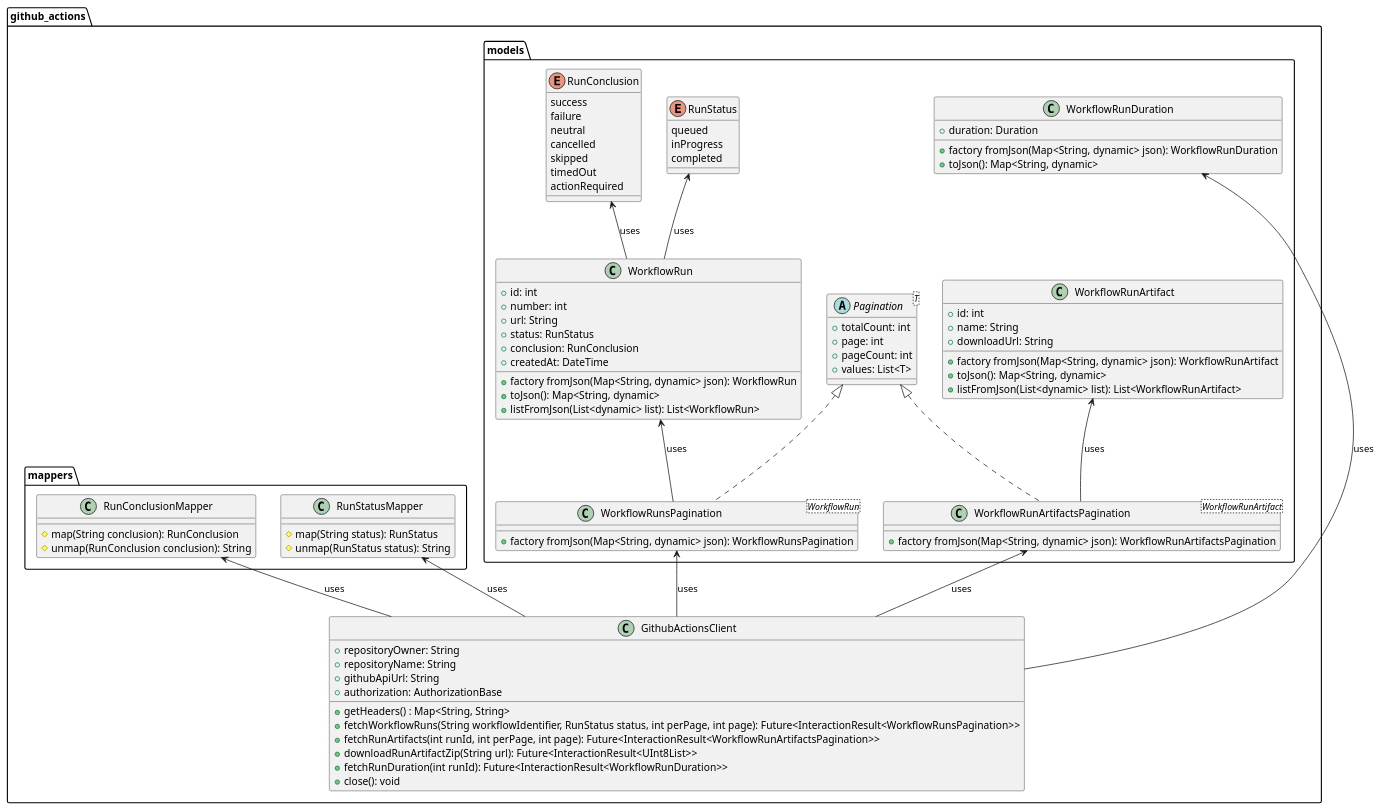
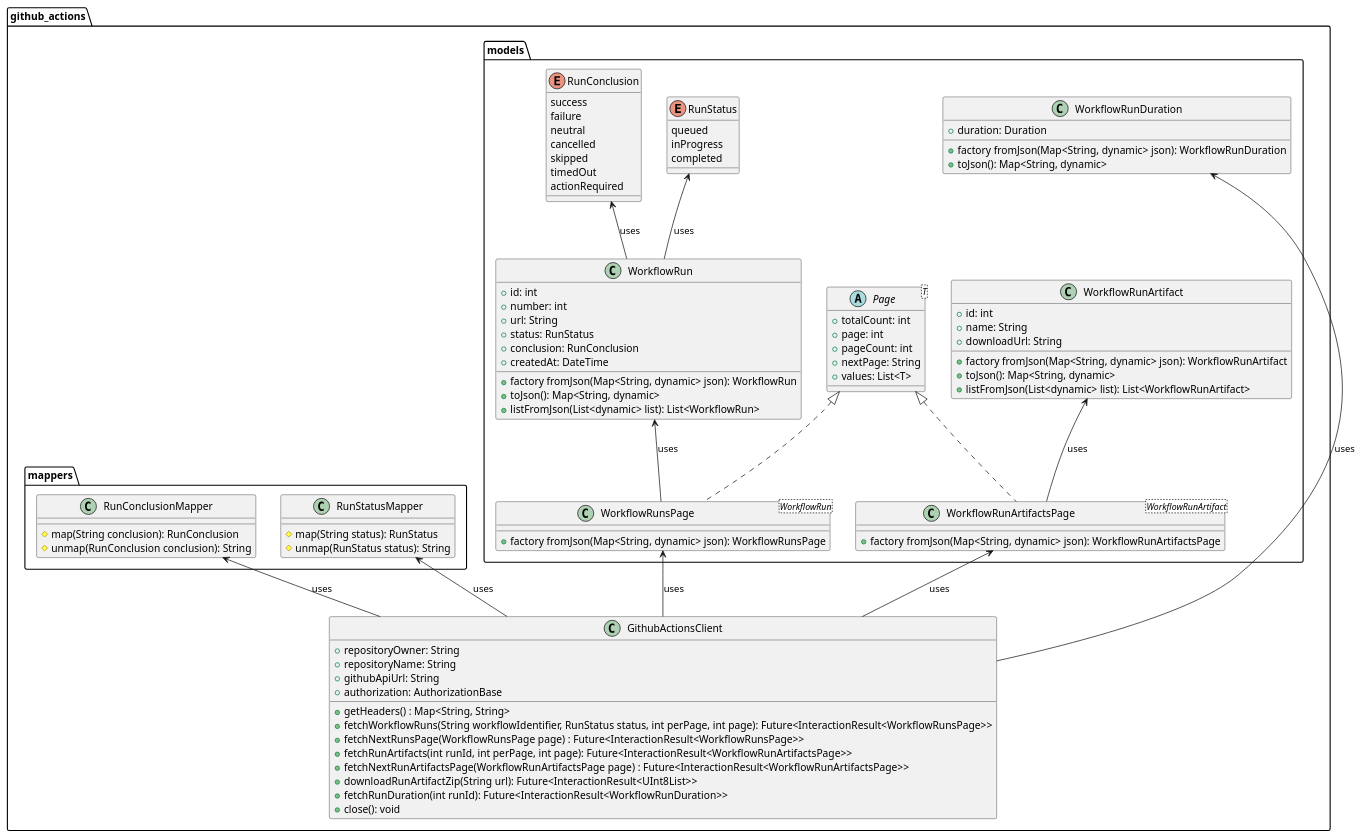
The diagram in metrics/ci_integrations/docs/github_actions/diagrams/github_actions_client_class_diagram.puml (Flank/flank-dashboard), drawn with PlantUML before and after one commit. The commit also changed 1 other file, not shown here.

Commit message:
Add new client methods

```diff
--- a/metrics/ci_integrations/docs/github_actions/diagrams/github_actions_client_class_diagram.puml
+++ b/metrics/ci_integrations/docs/github_actions/diagrams/github_actions_client_class_diagram.puml
@@ -1,111 +1,114 @@
 @startuml
 
 package github_actions <<Folder>> {
 
     package models <<Folder>> {
 
-        abstract class Pagination<T> {
+        abstract class Page<T> {
             +totalCount: int
             +page: int
             +pageCount: int
+            +nextPage: String
             +values: List<T>
         }
 
-        class WorkflowRunsPagination<WorkflowRun> implements Pagination {
-             +factory fromJson(Map<String, dynamic> json): WorkflowRunsPagination
+        class WorkflowRunsPage<WorkflowRun> implements Page {
+             +factory fromJson(Map<String, dynamic> json): WorkflowRunsPage
         }
 
-        class WorkflowRunArtifactsPagination<WorkflowRunArtifact> implements Pagination {
-            +factory fromJson(Map<String, dynamic> json): WorkflowRunArtifactsPagination
+        class WorkflowRunArtifactsPage<WorkflowRunArtifact> implements Page {
+            +factory fromJson(Map<String, dynamic> json): WorkflowRunArtifactsPage
         }
 
         class WorkflowRun {
             +id: int
             +number: int
             +url: String
             +status: RunStatus
             +conclusion: RunConclusion
             +createdAt: DateTime
 
             +factory fromJson(Map<String, dynamic> json): WorkflowRun
             +toJson(): Map<String, dynamic>
             +listFromJson(List<dynamic> list): List<WorkflowRun>
         }
 
         class WorkflowRunArtifact {
             +id: int
             +name: String
             +downloadUrl: String
 
            +factory fromJson(Map<String, dynamic> json): WorkflowRunArtifact
            +toJson(): Map<String, dynamic>
            +listFromJson(List<dynamic> list): List<WorkflowRunArtifact>
         }
 
         class WorkflowRunDuration {
             +duration: Duration
 
             +factory fromJson(Map<String, dynamic> json): WorkflowRunDuration
             +toJson(): Map<String, dynamic>
         }
 
 
         enum RunStatus {
             queued
             inProgress
             completed
         }
 
         enum RunConclusion {
             success
             failure
             neutral
             cancelled
             skipped
             timedOut
             actionRequired
         }
 
     }
 
     package mappers <<Folder>> {
         class RunConclusionMapper {
             #map(String conclusion): RunConclusion
             #unmap(RunConclusion conclusion): String
         }
 
         class RunStatusMapper {
             #map(String status): RunStatus
             #unmap(RunStatus status): String
         }
 
     }
 
 
     class GithubActionsClient {
         +repositoryOwner: String
         +repositoryName: String
         +githubApiUrl: String
         +authorization: AuthorizationBase
 
         +getHeaders() : Map<String, String>
-        +fetchWorkflowRuns(String workflowIdentifier, RunStatus status, int perPage, int page): Future<InteractionResult<WorkflowRunsPagination>>
-        +fetchRunArtifacts(int runId, int perPage, int page): Future<InteractionResult<WorkflowRunArtifactsPagination>>
+        +fetchWorkflowRuns(String workflowIdentifier, RunStatus status, int perPage, int page): Future<InteractionResult<WorkflowRunsPage>>
+        +fetchNextRunsPage(WorkflowRunsPage page) : Future<InteractionResult<WorkflowRunsPage>>
+        +fetchRunArtifacts(int runId, int perPage, int page): Future<InteractionResult<WorkflowRunArtifactsPage>>
+        +fetchNextRunArtifactsPage(WorkflowRunArtifactsPage page) : Future<InteractionResult<WorkflowRunArtifactsPage>>
         +downloadRunArtifactZip(String url): Future<InteractionResult<UInt8List>>
         +fetchRunDuration(int runId): Future<InteractionResult<WorkflowRunDuration>>
         +close(): void
     }
 }
 
 
 WorkflowRunDuration <-- GithubActionsClient : uses
-WorkflowRunsPagination <-- GithubActionsClient : uses
-WorkflowRunArtifactsPagination <-- GithubActionsClient : uses
-WorkflowRun <-- WorkflowRunsPagination : uses
-WorkflowRunArtifact <-- WorkflowRunArtifactsPagination : uses
+WorkflowRunsPage <-- GithubActionsClient : uses
+WorkflowRunArtifactsPage <-- GithubActionsClient : uses
+WorkflowRun <-- WorkflowRunsPage : uses
+WorkflowRunArtifact <-- WorkflowRunArtifactsPage : uses
 RunStatusMapper <-- GithubActionsClient : uses
 RunConclusionMapper <-- GithubActionsClient : uses
 RunConclusion <-- WorkflowRun : uses
 RunStatus <-- WorkflowRun : uses
 
 @enduml
```
